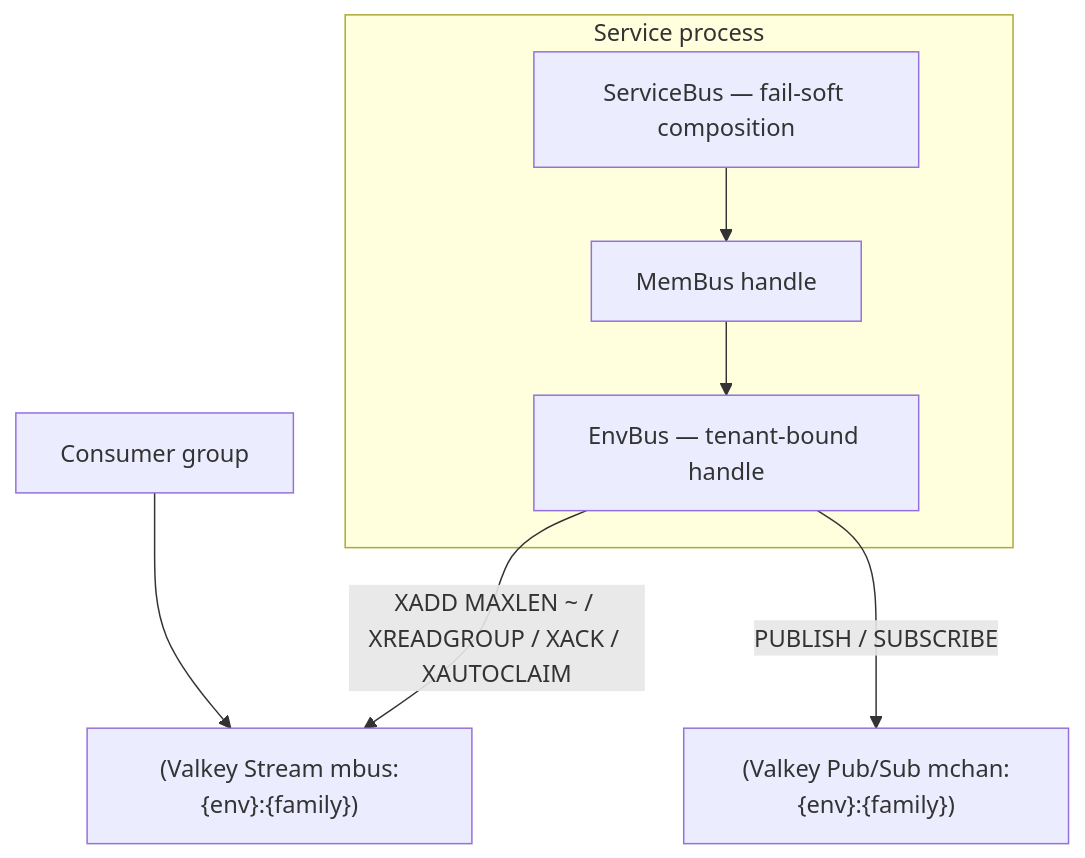
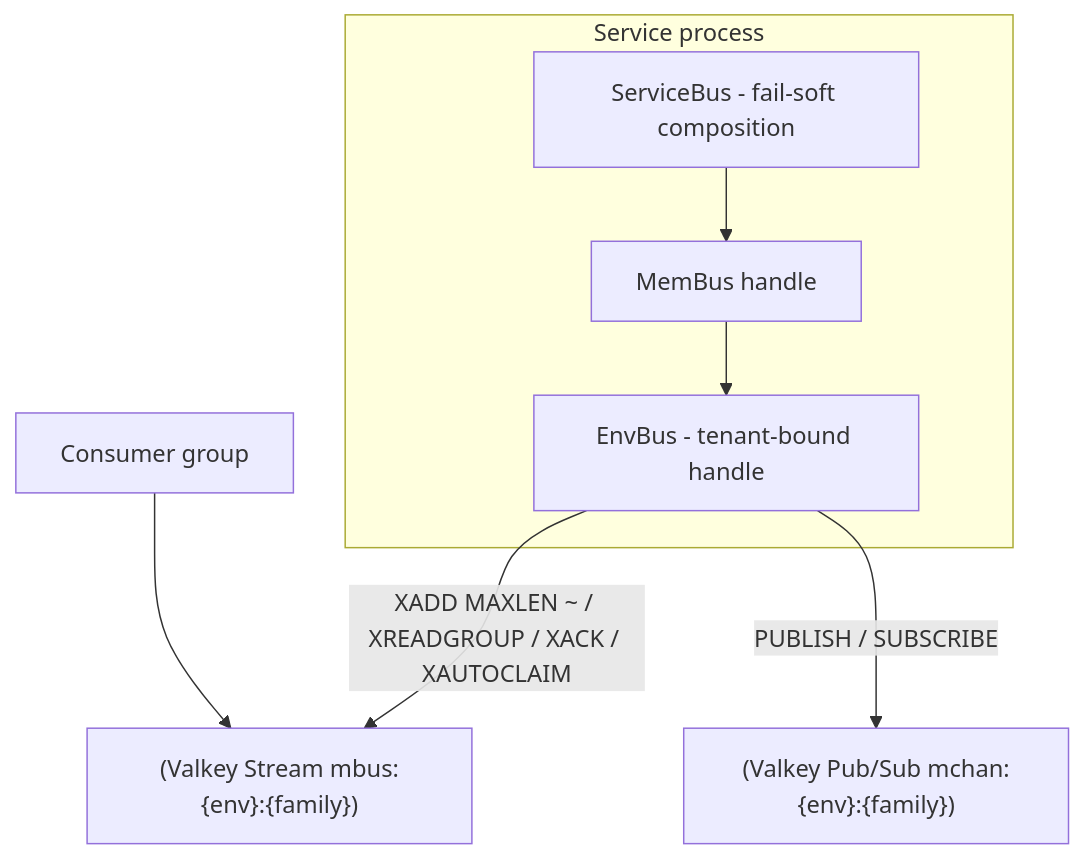
One commit to Sentin8/sentin8-sdk changed the diagram in bus/membus/README.md. Above: the diagram before and after it, drawn with Mermaid. The commit also changed other lines of this file and 107 other files, not shown here.

````diff
--- a/bus/membus/README.md
+++ b/bus/membus/README.md
@@ -27,10 +27,10 @@
 ```mermaid
 graph TD
     subgraph Service process
-        A[ServiceBus — fail-soft composition] --> B[MemBus handle]
-        B --> C[EnvBus — tenant-bound handle]
+        A[ServiceBus - fail-soft composition] --> B[MemBus handle]
+        B --> C[EnvBus - tenant-bound handle]
     end
     C -->|XADD MAXLEN ~ / XREADGROUP / XACK / XAUTOCLAIM| D["(Valkey Stream mbus:{env}:{family})"]
     C -->|PUBLISH / SUBSCRIBE| E["(Valkey Pub/Sub mchan:{env}:{family})"]
     F[Consumer group] --> D
 ```
````
